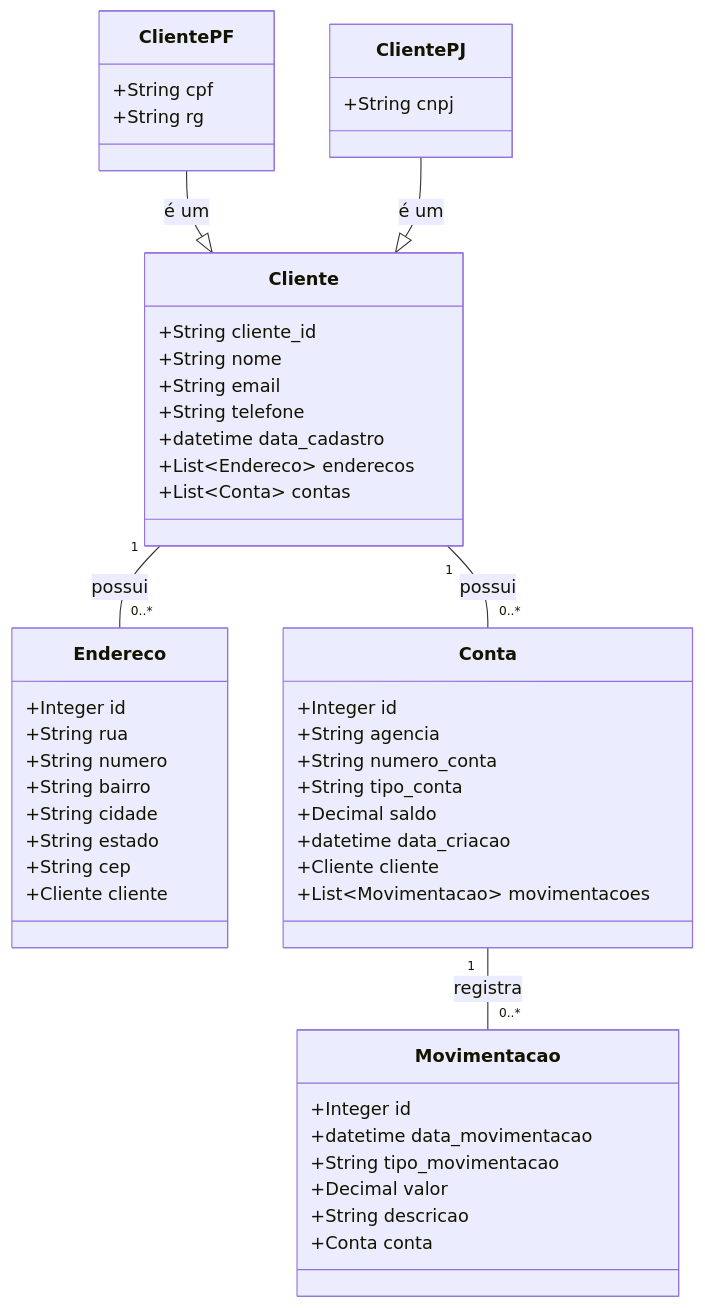
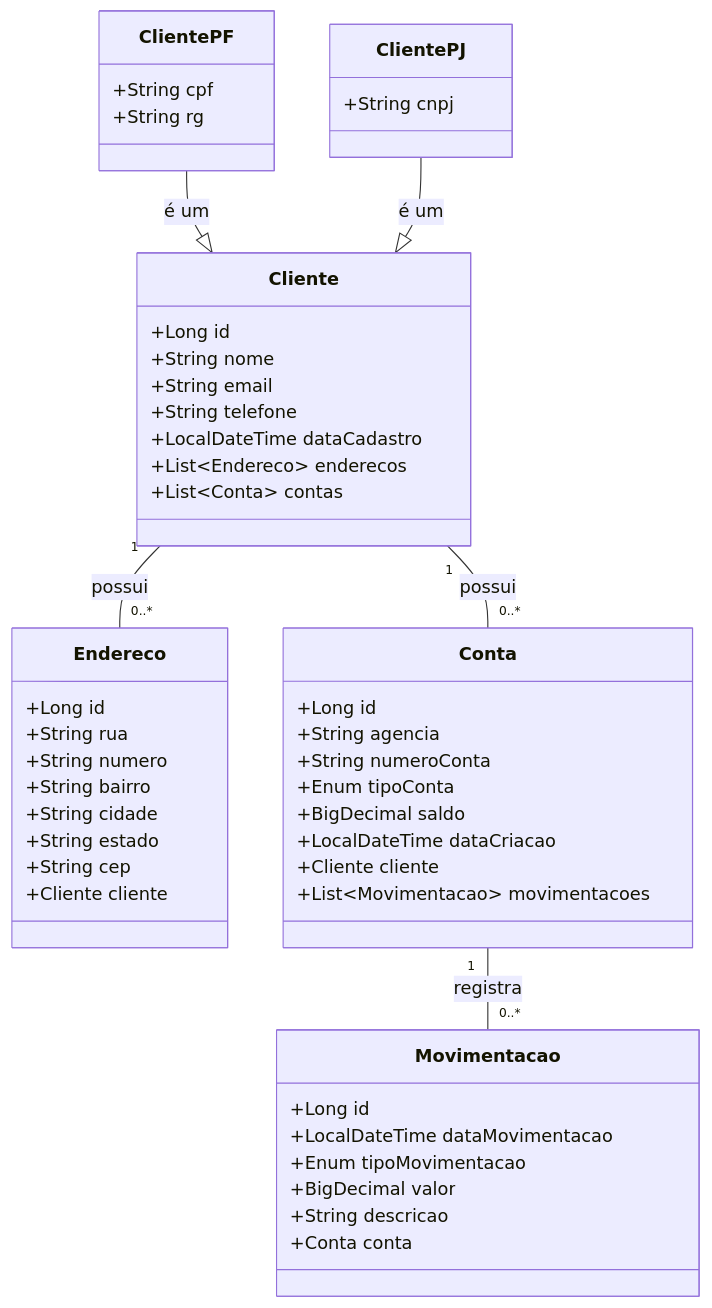
The diagram in README.md (lucascalado0/atividade-xpto), drawn with Mermaid before and after one commit. The commit also changed other lines of this file, not shown here.

````diff
--- a/README.md
+++ b/README.md
@@ -38,61 +38,61 @@
 ```mermaid
 classDiagram
     class Cliente {
-        +String cliente_id
+        +Long id
         +String nome
         +String email
         +String telefone
-        +datetime data_cadastro
+        +LocalDateTime dataCadastro
         +List~Endereco~ enderecos
         +List~Conta~ contas
     }
 
     class ClientePF {
         +String cpf
         +String rg
     }
 
     class ClientePJ {
         +String cnpj
     }
 
     class Endereco {
-        +Integer id
+        +Long id
         +String rua
         +String numero
         +String bairro
         +String cidade
         +String estado
         +String cep
         +Cliente cliente
     }
 
     class Conta {
-        +Integer id
+        +Long id
         +String agencia
-        +String numero_conta
-        +String tipo_conta
-        +Decimal saldo
-        +datetime data_criacao
+        +String numeroConta
+        +Enum tipoConta
+        +BigDecimal saldo
+        +LocalDateTime dataCriacao
         +Cliente cliente
         +List~Movimentacao~ movimentacoes
     }
 
     class Movimentacao {
-        +Integer id
-        +datetime data_movimentacao
-        +String tipo_movimentacao
-        +Decimal valor
+        +Long id
+        +LocalDateTime dataMovimentacao
+        +Enum tipoMovimentacao
+        +BigDecimal valor
         +String descricao
         +Conta conta
     }
 
 %% Relacionamentos
     Cliente "1" -- "0..*" Endereco : possui
     Cliente "1" -- "0..*" Conta : possui
     Conta "1" -- "0..*" Movimentacao : registra
 
 %% Herança (Especialização de Cliente)
     ClientePF --|> Cliente : é um
     ClientePJ --|> Cliente : é um
 ```
````
